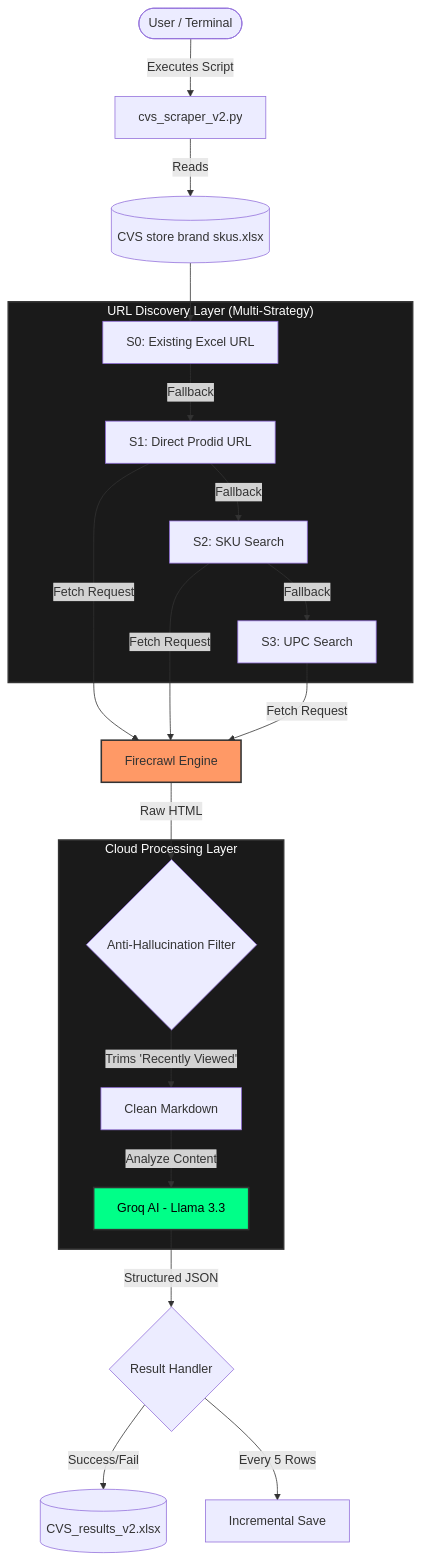
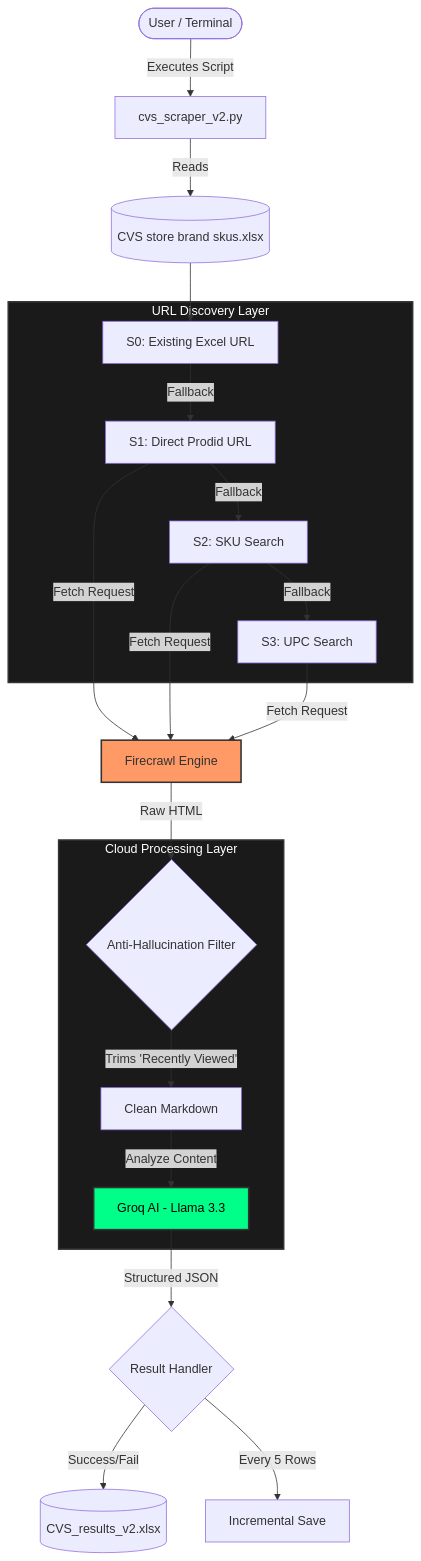
Before and after one commit to RatishPatil37/CVS-Scraper: the diagram in README.md, drawn with Mermaid. The commit also changed other lines of this file, not shown here.

Commit message:
Refine subgraph title and format output section
Updated subgraph title for clarity and added output section header.

````diff
--- a/README.md
+++ b/README.md
@@ -8,40 +8,40 @@
 ```mermaid
 graph TD
     User([User / Terminal]) -- "Executes Script" --> Script[cvs_scraper_v2.py]
     Script -- "Reads" --> InputExcel[(CVS store brand skus.xlsx)]
     
-    subgraph Discovery ["URL Discovery Layer (Multi-Strategy)"]
+    subgraph Discovery ["URL Discovery Layer"]
         S0[S0: Existing Excel URL]
         S1[S1: Direct Prodid URL]
         S2[S2: SKU Search]
         S3[S3: UPC Search]
     end
     
     InputExcel --> S0
     S0 -- "Fallback" --> S1
     S1 -- "Fallback" --> S2
     S2 -- "Fallback" --> S3
     
     S1 & S2 & S3 -- "Fetch Request" --> Firecrawl[Firecrawl Engine]
     
     subgraph Processing ["Cloud Processing Layer"]
         Filter{"Anti-Hallucination Filter"}
         MD[Clean Markdown]
         Groq[Groq AI - Llama 3.3]
         
         Filter -- "Trims 'Recently Viewed'" --> MD
         MD -- "Analyze Content" --> Groq
     end
     
     Firecrawl -- "Raw HTML" --> Filter
     Groq -- "Structured JSON" --> Result{Result Handler}
     
     Result -- "Success/Fail" --> ExcelOut[(CVS_results_v2.xlsx)]
     Result -- "Every 5 Rows" --> AutoSave[Incremental Save]
     
     style Discovery fill:#1a1a1a,stroke:#333,stroke-width:2px,color:#fff
     style Processing fill:#1a1a1a,stroke:#333,stroke-width:2px,color:#fff
     style Firecrawl fill:#f96,stroke:#333,stroke-width:2px
     style Groq fill:#00ff88,stroke:#333,stroke-width:2px,color:#000
 
 ```
````
